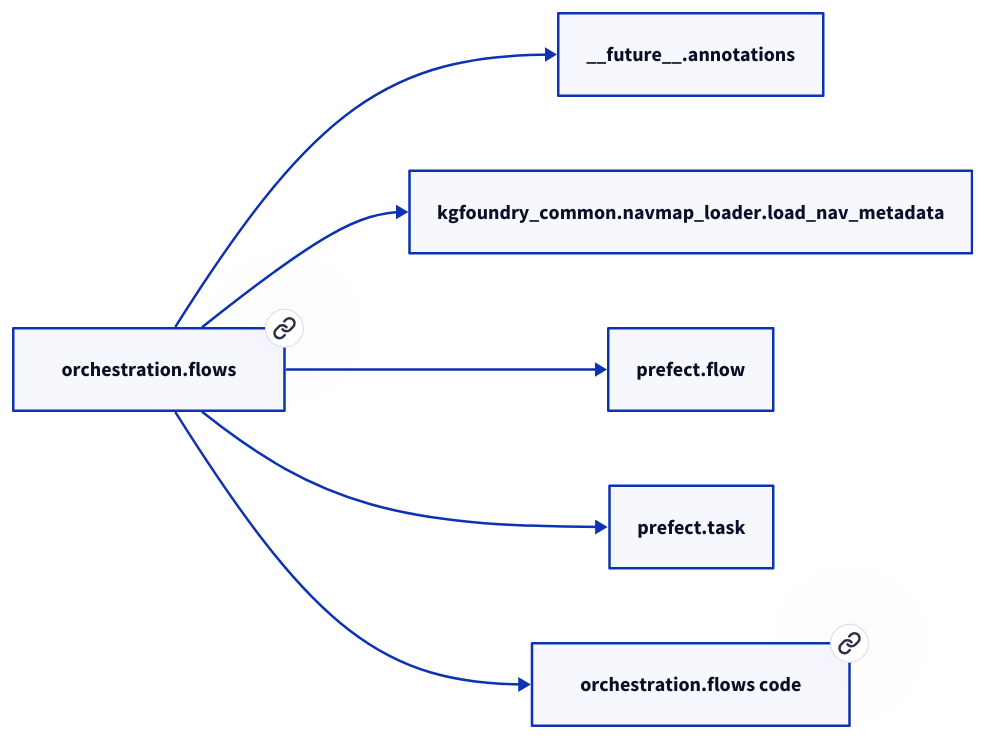
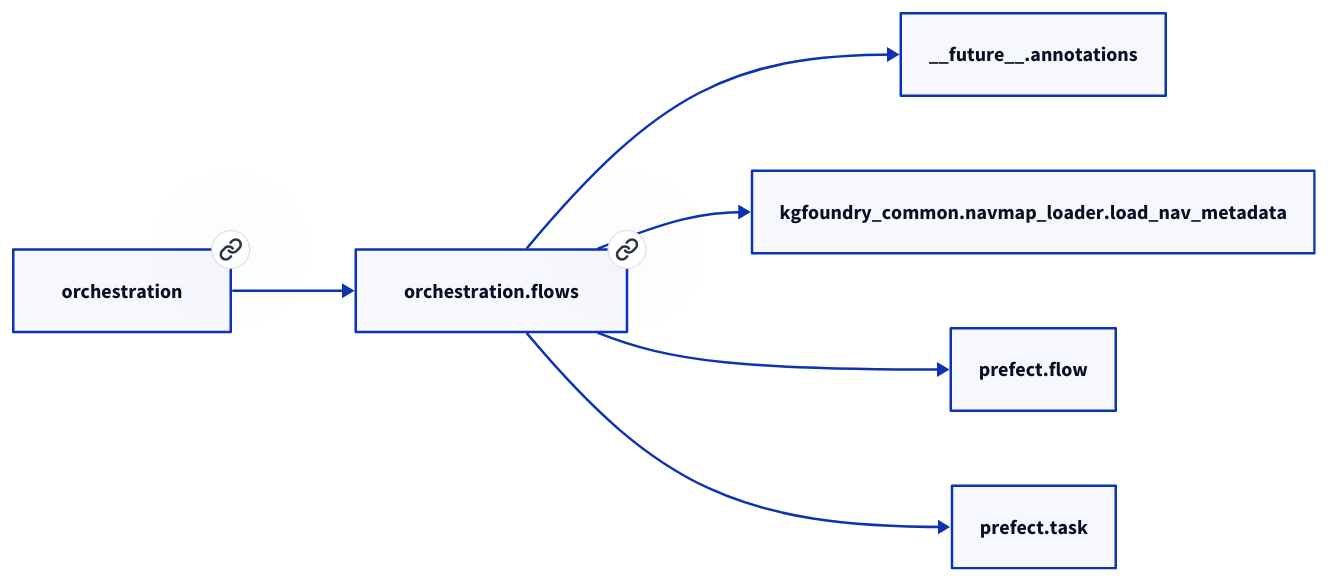
One commit to paul-heyse/kgforge changed the diagram in docs/modules/orchestration/flows.md. Above: the diagram before and after it, drawn with D2. The commit also changed other lines of this file and 208 other files, not shown here.

````diff
--- a/docs/modules/orchestration/flows.md
+++ b/docs/modules/orchestration/flows.md
@@ -34,14 +38,14 @@
 ```d2
 direction: right
-"orchestration.flows": "orchestration.flows" { link: "./orchestration/flows.md" }
+"orchestration.flows": "orchestration.flows" { link: "https://github.com/paul-heyse/kgfoundry/blob/main/src/orchestration/flows.py" }
 "__future__.annotations": "__future__.annotations"
 "orchestration.flows" -> "__future__.annotations"
 "kgfoundry_common.navmap_loader.load_nav_metadata": "kgfoundry_common.navmap_loader.load_nav_metadata"
 "orchestration.flows" -> "kgfoundry_common.navmap_loader.load_nav_metadata"
 "prefect.flow": "prefect.flow"
 "orchestration.flows" -> "prefect.flow"
 "prefect.task": "prefect.task"
 "orchestration.flows" -> "prefect.task"
-"orchestration.flows_code": "orchestration.flows code" { link: "https://github.com/kgfoundry/kgfoundry/blob/main/src/orchestration/flows.py" }
-"orchestration.flows" -> "orchestration.flows_code" { style: dashed }
+"orchestration": "orchestration" { link: "https://github.com/paul-heyse/kgfoundry/blob/main/src/orchestration/__init__.py" }
+"orchestration" -> "orchestration.flows" { style: dashed }
 ```
````
